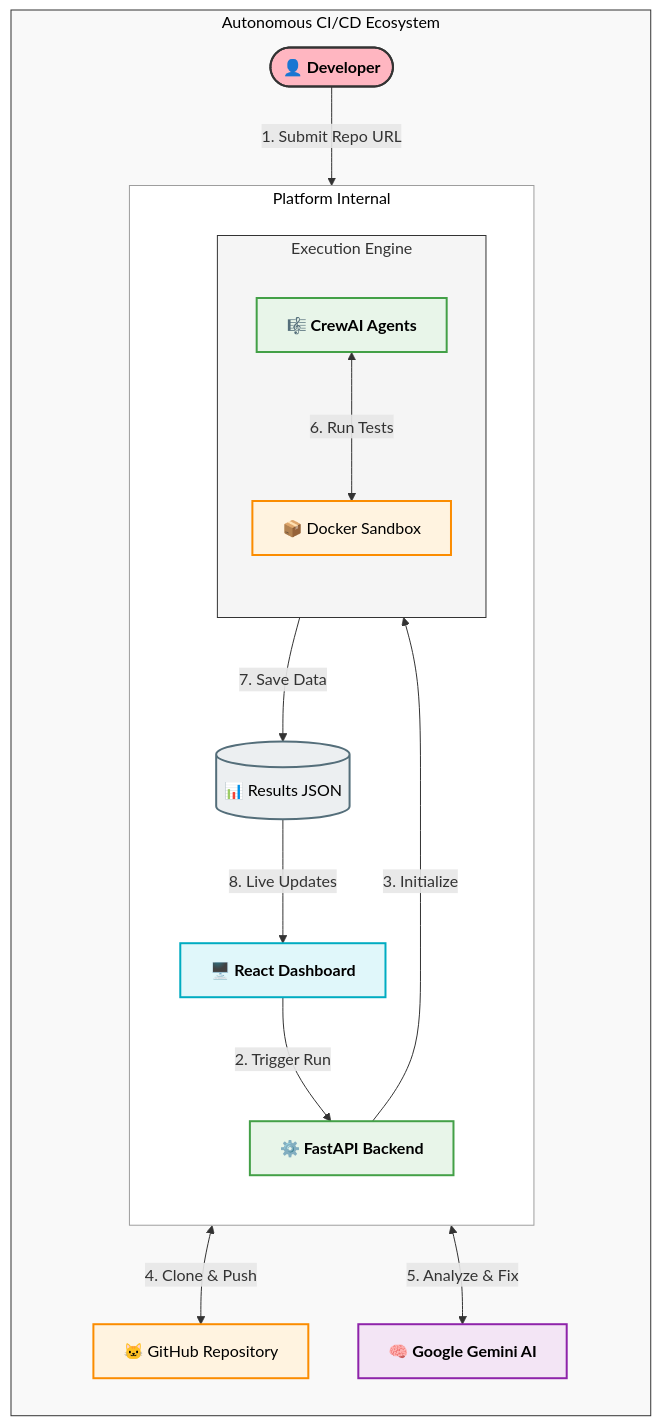
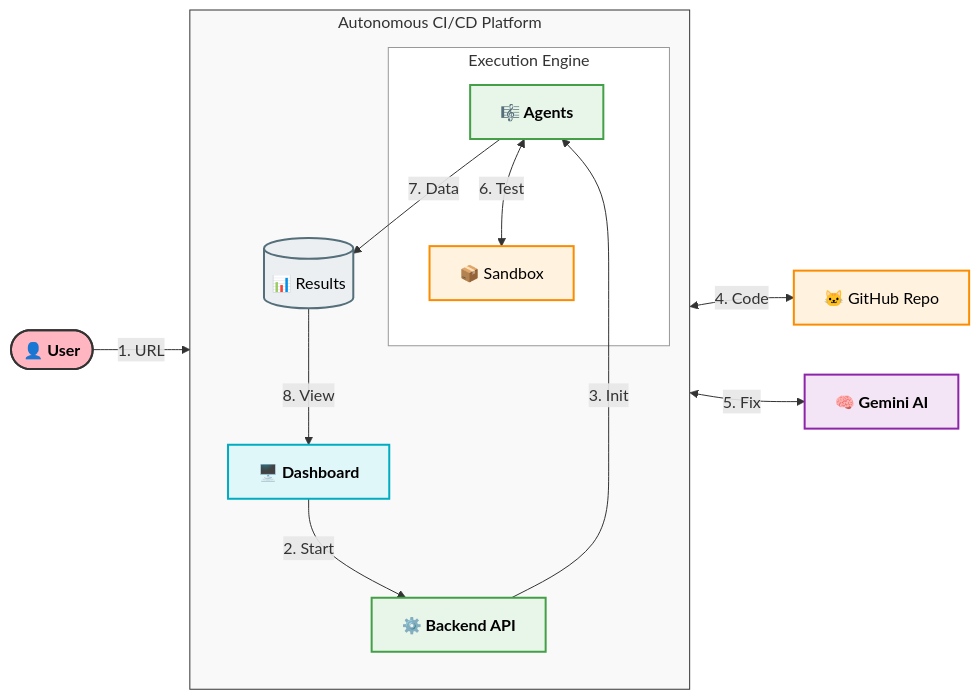
One commit to AshrafGalaxy/RIFT_2026 changed the diagram in README.md. Above: the diagram before and after it, drawn with Mermaid.

Commit message:
Redesign architecture diagram with cleaner LR layout

````diff
--- a/README.md
+++ b/README.md
@@ -15,51 +15,42 @@
 ```mermaid
-graph TD
-    %% Global Styles
+graph LR
+    %% Styles
     classDef user fill:#FFB6C1,stroke:#333,stroke-width:2px,color:black,font-weight:bold
     classDef frontend fill:#E0F7FA,stroke:#00ACC1,stroke-width:2px,color:black,font-weight:bold
     classDef backend fill:#E8F5E9,stroke:#43A047,stroke-width:2px,color:black,font-weight:bold
     classDef ai fill:#F3E5F5,stroke:#8E24AA,stroke-width:2px,color:black,font-weight:bold
     classDef ext fill:#FFF3E0,stroke:#FB8C00,stroke-width:2px,color:black
     classDef db fill:#ECEFF1,stroke:#546E7A,stroke-width:2px,color:black
 
-    subgraph Global_Canvas [Autonomous CI/CD Ecosystem]
+    %% Nodes
+    User([👤 User]):::user
+    GitHub[🐱 GitHub Repo]:::ext
+    Gemini[🧠 Gemini AI]:::ai
+
+    subgraph Platform [Autonomous CI/CD Platform]
         direction TB
-        style Global_Canvas fill:#f9f9f9,stroke:#333,stroke-width:1px,color:black
-
-        %% External Actors
-        User([👤 Developer]):::user
-        GitHub[🐱 GitHub Repository]:::ext
-        Gemini[🧠 Google Gemini AI]:::ai
-
-        %% System Boundary
-        subgraph System [Platform Internal]
-            direction TB
-            style System fill:#FFFFFF,stroke:#9E9E9E,stroke-width:1px,color:black
-
-            Frontend[🖥️ React Dashboard]:::frontend
-            Backend[⚙️ FastAPI Backend]:::backend
-            
-            subgraph Engine [Execution Engine]
-                direction TB
-                style Engine fill:#F5F5F5,stroke:#333,stroke-width:1px
-                
-                Orchestrator[🎼 CrewAI Agents]:::backend
-                Sandbox[📦 Docker Sandbox]:::ext
-            end
-            
-            Results[(📊 Results JSON)]:::db
+        style Platform fill:#f9f9f9,stroke:#333,stroke-width:1px
+        
+        Frontend[🖥️ Dashboard]:::frontend
+        Backend[⚙️ Backend API]:::backend
+        Results[(📊 Results)]:::db
+        
+        subgraph Engine [Execution Engine]
+            style Engine fill:#fff,stroke:#999,stroke-width:1px
+            Orchestrator[🎼 Agents]:::backend
+            Sandbox[📦 Sandbox]:::ext
         end
     end
 
-    %% Data Flow
-    User -->|1. Submit Repo URL| Frontend
-    Frontend -->|2. Trigger Run| Backend
-    Backend -->|3. Initialize| Orchestrator
+    %% Flow
+    User -->|1. URL| Frontend
+    Frontend -->|2. Start| Backend
+    Backend -->|3. Init| Orchestrator
     
-    Orchestrator <-->|4. Clone & Push| GitHub
-    Orchestrator <-->|5. Analyze & Fix| Gemini
-    Orchestrator <-->|6. Run Tests| Sandbox
+    Orchestrator <-->|4. Code| GitHub
+    Orchestrator <-->|5. Fix| Gemini
+    Orchestrator <-->|6. Test| Sandbox
     
-    Orchestrator -->|7. Save Data| Results
-    Results -->|8. Live Updates| Frontend
+    Orchestrator -->|7. Data| Results
+    Results -->|8. View| Frontend
 ```
````
